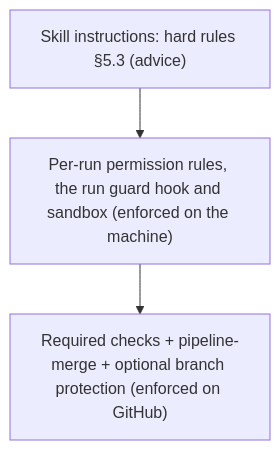
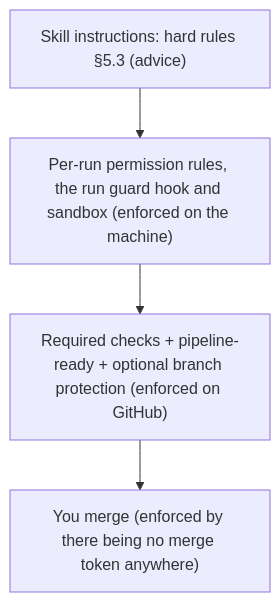
One commit to AndresRubio/andres-skills changed the fifth of 7 diagrams in plugins/claude-pipeline/docs/superpowers/specs/2026-09-24-claude-pipeline-design.md. Above: the diagram before and after it, drawn with Mermaid. The commit also changed other lines of this file, not shown here.

````diff
--- a/plugins/claude-pipeline/docs/superpowers/specs/2026-09-24-claude-pipeline-design.md
+++ b/plugins/claude-pipeline/docs/superpowers/specs/2026-09-24-claude-pipeline-design.md
@@ -412,4 +468,4 @@
 ```mermaid
 flowchart TB
-    L1["Skill instructions: hard rules §5.3 (advice)"] --> L2["Per-run permission rules, the run guard hook and sandbox (enforced on the machine)"] --> L3["Required checks + pipeline-merge + optional branch protection (enforced on GitHub)"]
+    L1["Skill instructions: hard rules §5.3 (advice)"] --> L2["Per-run permission rules, the run guard hook and sandbox (enforced on the machine)"] --> L3["Required checks + pipeline-ready + optional branch protection (enforced on GitHub)"] --> L4["You merge (enforced by there being no merge token anywhere)"]
 ```
````
